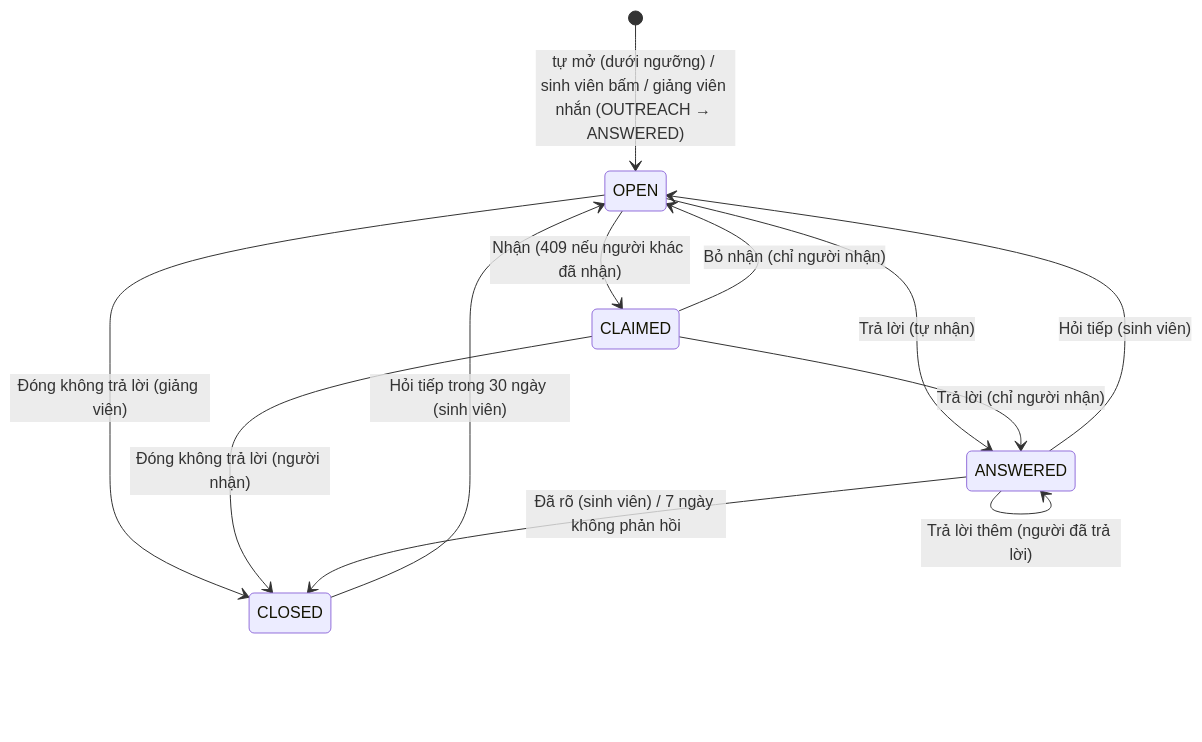
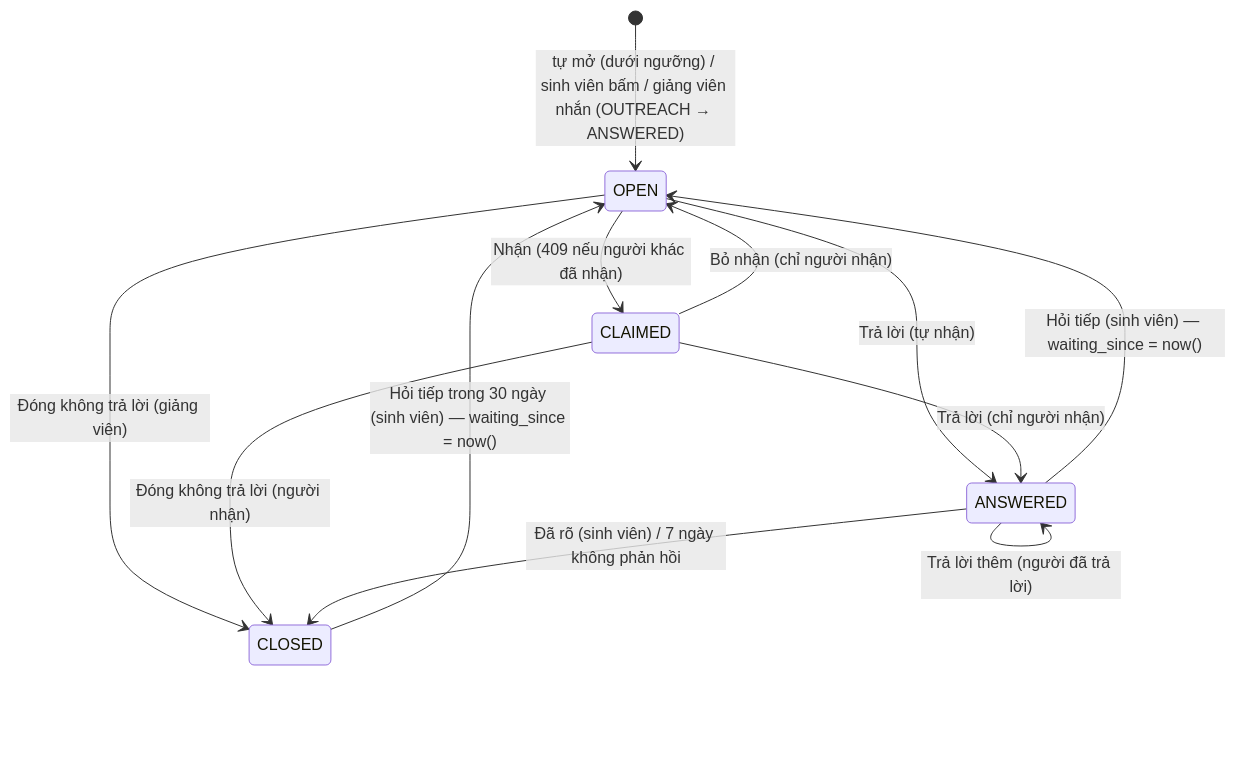
One commit to kagamikuro1024/EduPilot-v2 changed the first of 2 diagrams in docs/specs/FEAT-escalation-notify/SRS.md. Above: the diagram before and after it, drawn with Mermaid. The commit also changed other lines of this file and 4 other files, not shown here.

Commit message:
sprint 7: sửa spec FEAT-escalation-notify theo TLR-1…22, Q1–Q23, proposals #1 #2 #3 #8 #9 (ARCHITECTURE §4 §5 §9? PRD M3 #9)

````diff
--- a/docs/specs/FEAT-escalation-notify/SRS.md
+++ b/docs/specs/FEAT-escalation-notify/SRS.md
@@ -61,14 +61,14 @@
 ```mermaid
 stateDiagram-v2
   [*] --> OPEN: tự mở (dưới ngưỡng) / sinh viên bấm / giảng viên nhắn (OUTREACH → ANSWERED)
   OPEN --> CLAIMED: Nhận (409 nếu người khác đã nhận)
   OPEN --> ANSWERED: Trả lời (tự nhận)
   CLAIMED --> OPEN: Bỏ nhận (chỉ người nhận)
   CLAIMED --> ANSWERED: Trả lời (chỉ người nhận)
   OPEN --> CLOSED: Đóng không trả lời (giảng viên)
   CLAIMED --> CLOSED: Đóng không trả lời (người nhận)
   ANSWERED --> ANSWERED: Trả lời thêm (người đã trả lời)
-  ANSWERED --> OPEN: Hỏi tiếp (sinh viên)
+  ANSWERED --> OPEN: Hỏi tiếp (sinh viên) — waiting_since = now()
   ANSWERED --> CLOSED: Đã rõ (sinh viên) / 7 ngày không phản hồi
-  CLOSED --> OPEN: Hỏi tiếp trong 30 ngày (sinh viên)
+  CLOSED --> OPEN: Hỏi tiếp trong 30 ngày (sinh viên) — waiting_since = now()
 ```
````
